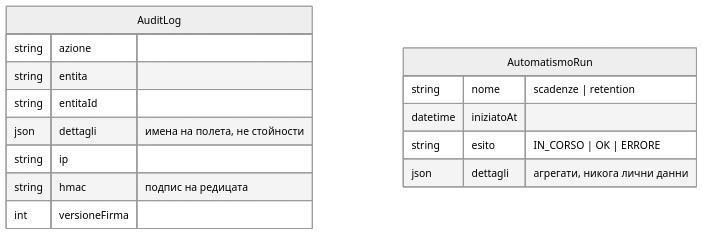
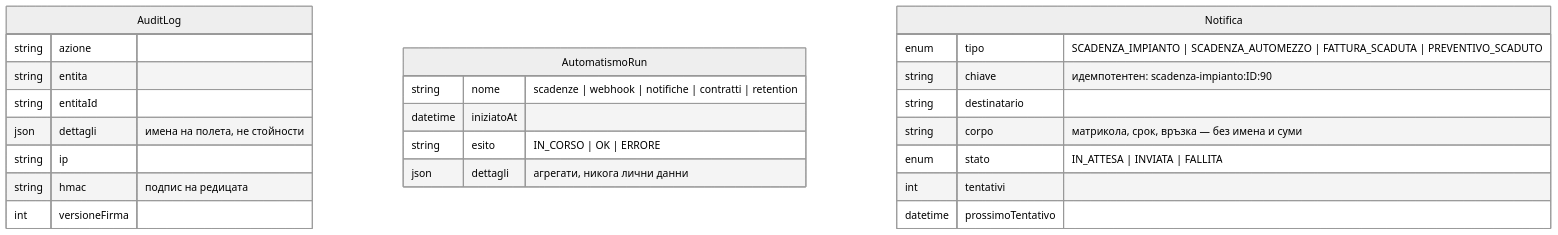
One commit to stefkostefko92-ux/Few-few changed the fourth of 4 diagrams in erp-ascensori/docs/schema.md. Above: the diagram before and after it, drawn with Mermaid (neutral theme). The commit also changed other lines of this file and 60 other files, not shown here.

````diff
--- a/erp-ascensori/docs/schema.md
+++ b/erp-ascensori/docs/schema.md
@@ -80,18 +80,27 @@
 ```mermaid
 erDiagram
     AuditLog {
         string azione
         string entita
         string entitaId
         json dettagli "имена на полета, не стойности"
         string ip
         string hmac "подпис на редицата"
         int versioneFirma
     }
     AutomatismoRun {
-        string nome "scadenze | retention"
+        string nome "scadenze | webhook | notifiche | contratti | retention"
         datetime iniziatoAt
         string esito "IN_CORSO | OK | ERRORE"
         json dettagli "агрегати, никога лични данни"
     }
+    Notifica {
+        enum tipo "SCADENZA_IMPIANTO | SCADENZA_AUTOMEZZO | FATTURA_SCADUTA | PREVENTIVO_SCADUTO"
+        string chiave "идемпотентен: scadenza-impianto:ID:90"
+        string destinatario
+        string corpo "матрикола, срок, връзка — без имена и суми"
+        enum stato "IN_ATTESA | INVIATA | FALLITA"
+        int tentativi
+        datetime prossimoTentativo
+    }
 ```
````
